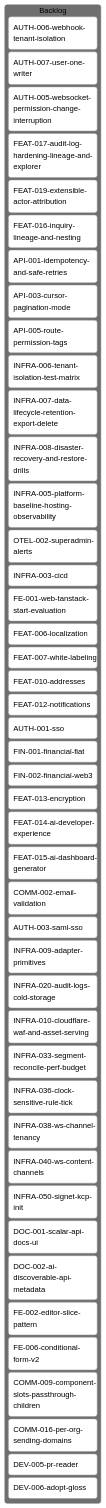
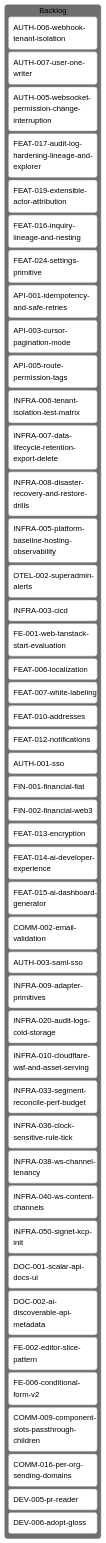
The diagram in tickets/kanban-backlog.md (inixiative/template), drawn with Mermaid (neutral theme) before and after one commit. The commit also changed other lines of this file and 1 other file, not shown here.

Commit message:
docs(tickets): add FEAT-024 settings primitive ticket

````diff
--- a/tickets/kanban-backlog.md
+++ b/tickets/kanban-backlog.md
@@ -3,53 +3,54 @@
 ```mermaid
 ---
 config:
   kanban:
     ticketBaseUrl: 'https://github.com/yourorg/template/blob/main/tickets/#TICKET#'
 ---
 kanban
   Backlog
     AUTH-006-webhook-tenant-isolation
     AUTH-007-user-one-writer
     AUTH-005-websocket-permission-change-interruption
     FEAT-017-audit-log-hardening-lineage-and-explorer
     FEAT-019-extensible-actor-attribution
     FEAT-016-inquiry-lineage-and-nesting
+    FEAT-024-settings-primitive
     API-001-idempotency-and-safe-retries
     API-003-cursor-pagination-mode
     API-005-route-permission-tags
     INFRA-006-tenant-isolation-test-matrix
     INFRA-007-data-lifecycle-retention-export-delete
     INFRA-008-disaster-recovery-and-restore-drills
     INFRA-005-platform-baseline-hosting-observability
     OTEL-002-superadmin-alerts
     INFRA-003-cicd
     FE-001-web-tanstack-start-evaluation
     FEAT-006-localization
     FEAT-007-white-labeling
     FEAT-010-addresses
     FEAT-012-notifications
     AUTH-001-sso
     FIN-001-financial-fiat
     FIN-002-financial-web3
     FEAT-013-encryption
     FEAT-014-ai-developer-experience
     FEAT-015-ai-dashboard-generator
     COMM-002-email-validation
     AUTH-003-saml-sso
     INFRA-009-adapter-primitives
     INFRA-020-audit-logs-cold-storage
     INFRA-010-cloudflare-waf-and-asset-serving
     INFRA-033-segment-reconcile-perf-budget
     INFRA-036-clock-sensitive-rule-tick
     INFRA-038-ws-channel-tenancy
     INFRA-040-ws-content-channels
     INFRA-050-signet-kcp-init
     DOC-001-scalar-api-docs-ui
     DOC-002-ai-discoverable-api-metadata
     FE-002-editor-slice-pattern
     FE-006-conditional-form-v2
     COMM-009-component-slots-passthrough-children
     COMM-016-per-org-sending-domains
     DEV-005-pr-reader
     DEV-006-adopt-gloss
 ```
````
